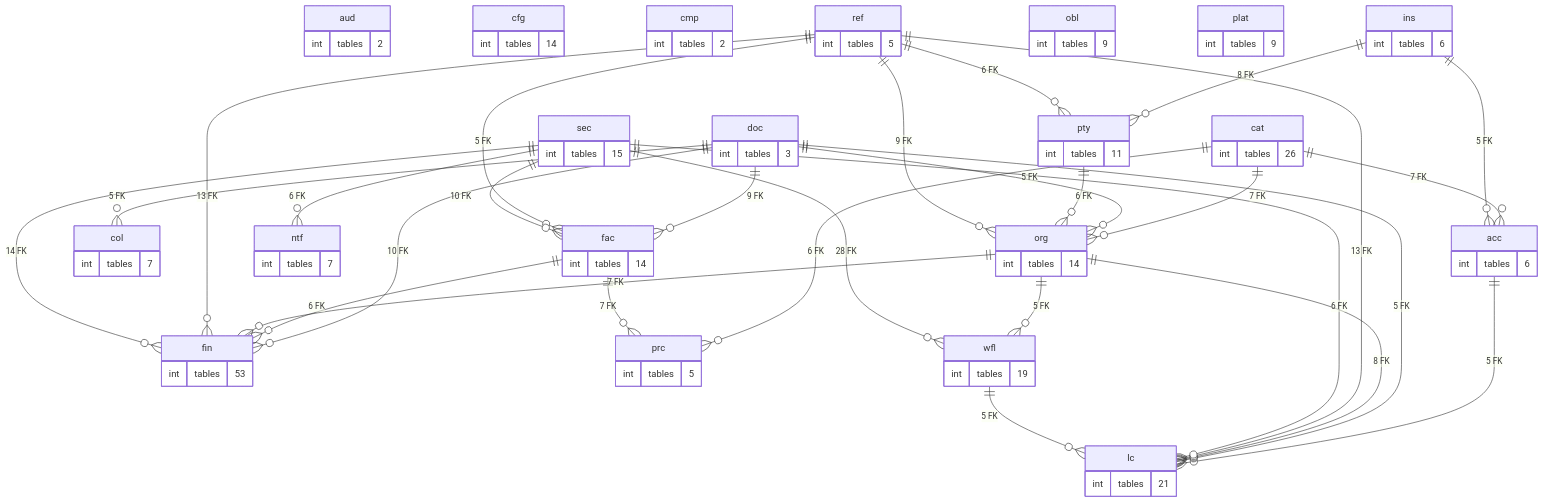
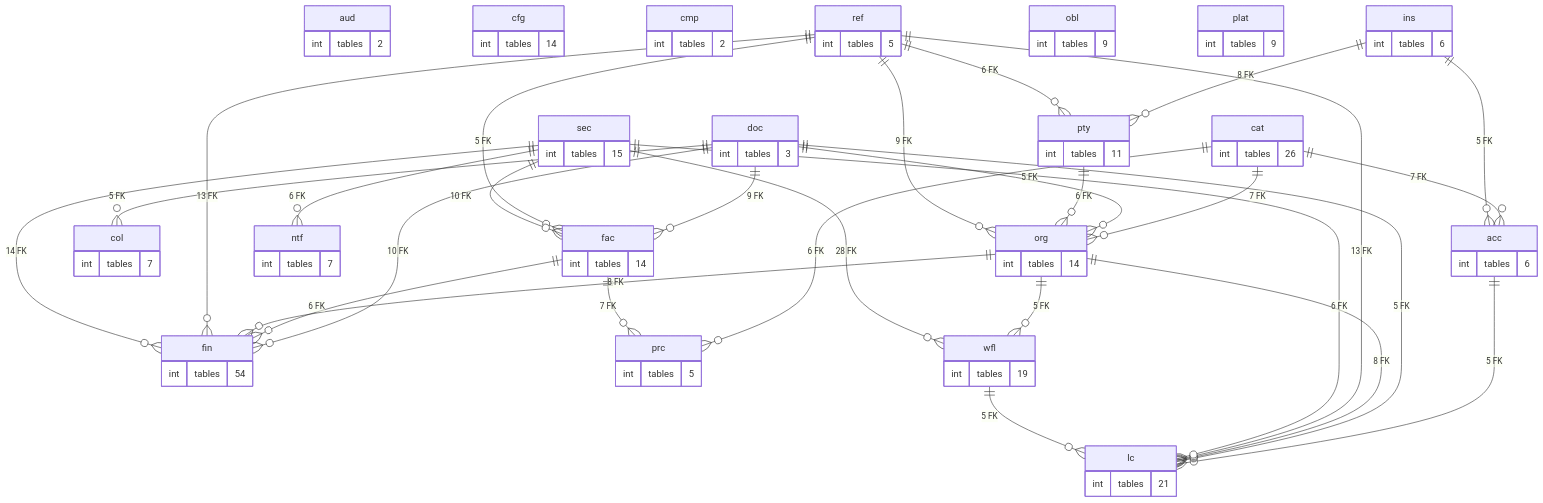
The diagram in treasury-platform/docs/diagrams/erd/schema_map.mmd (thawrasy/smartlines), drawn with Mermaid before and after one commit. The commit also changed 183 other files, not shown here.

```diff
--- a/treasury-platform/docs/diagrams/erd/schema_map.mmd
+++ b/treasury-platform/docs/diagrams/erd/schema_map.mmd
@@ -1,90 +1,90 @@
 %% خريطة المخططات: العلاقة = عدد المفاتيح الأجنبية بين المخططين (≥ 5)
 erDiagram
   acc {
     int tables "6"
   }
   aud {
     int tables "2"
   }
   cat {
     int tables "26"
   }
   cfg {
     int tables "14"
   }
   cmp {
     int tables "2"
   }
   col {
     int tables "7"
   }
   doc {
     int tables "3"
   }
   fac {
     int tables "14"
   }
   fin {
-    int tables "53"
+    int tables "54"
   }
   ins {
     int tables "6"
   }
   lc {
     int tables "21"
   }
   ntf {
     int tables "7"
   }
   obl {
     int tables "9"
   }
   org {
     int tables "14"
   }
   plat {
     int tables "9"
   }
   prc {
     int tables "5"
   }
   pty {
     int tables "11"
   }
   ref {
     int tables "5"
   }
   sec {
     int tables "15"
   }
   wfl {
     int tables "19"
   }
   acc ||--o{ lc : "5 FK"
   cat ||--o{ acc : "7 FK"
   cat ||--o{ org : "7 FK"
   cat ||--o{ prc : "6 FK"
   doc ||--o{ col : "5 FK"
   doc ||--o{ fac : "9 FK"
   doc ||--o{ fin : "10 FK"
   doc ||--o{ lc : "5 FK"
   doc ||--o{ org : "5 FK"
   fac ||--o{ fin : "6 FK"
   fac ||--o{ prc : "7 FK"
   ins ||--o{ acc : "5 FK"
   ins ||--o{ pty : "8 FK"
-  org ||--o{ fin : "7 FK"
+  org ||--o{ fin : "8 FK"
   org ||--o{ lc : "8 FK"
   org ||--o{ wfl : "5 FK"
   pty ||--o{ org : "6 FK"
   ref ||--o{ fac : "5 FK"
   ref ||--o{ fin : "13 FK"
   ref ||--o{ lc : "13 FK"
   ref ||--o{ org : "9 FK"
   ref ||--o{ pty : "6 FK"
   sec ||--o{ fac : "10 FK"
   sec ||--o{ fin : "14 FK"
   sec ||--o{ lc : "6 FK"
   sec ||--o{ ntf : "6 FK"
   sec ||--o{ wfl : "28 FK"
   wfl ||--o{ lc : "5 FK"
```
